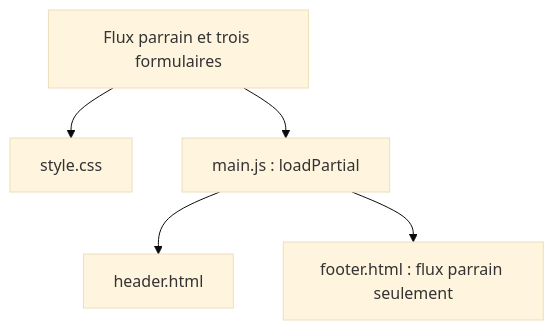
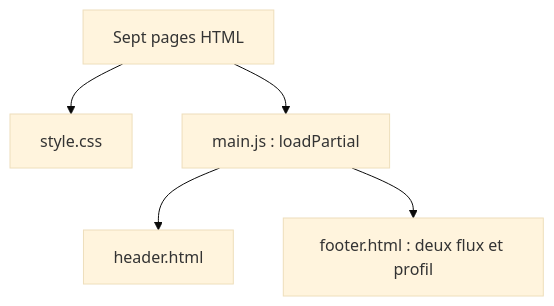
The diagram in README.md (SP-MMIBdx/M2-weux-projet-dev-ux), drawn with Mermaid (base theme) before and after one commit. The commit also changed other lines of this file and 4 other files, not shown here.

````diff
--- a/README.md
+++ b/README.md
@@ -36,7 +38,7 @@
 ```mermaid
 flowchart TD
-    Pages["Flux parrain et trois formulaires"] --> CSS["style.css"]
+    Pages["Sept pages HTML"] --> CSS["style.css"]
     Pages --> JS["main.js : loadPartial"]
     JS --> Header["header.html"]
-    JS --> Footer["footer.html : flux parrain seulement"]
+    JS --> Footer["footer.html : deux flux et profil"]
 ```
````
